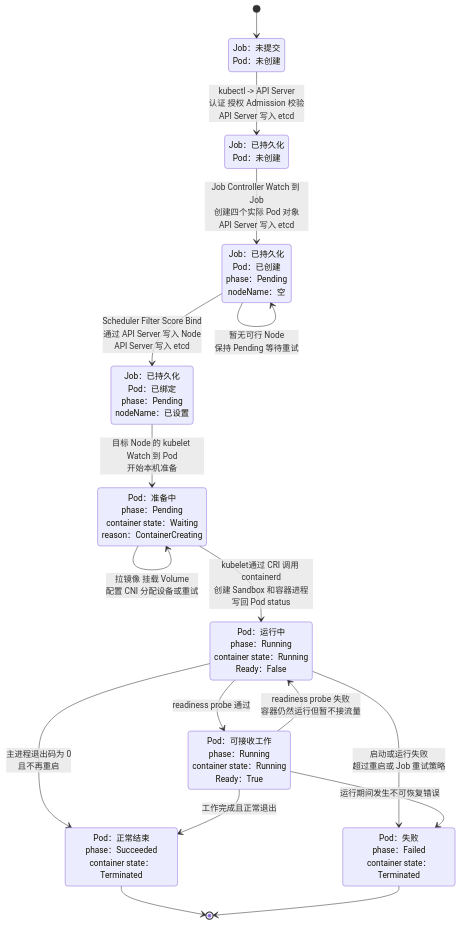
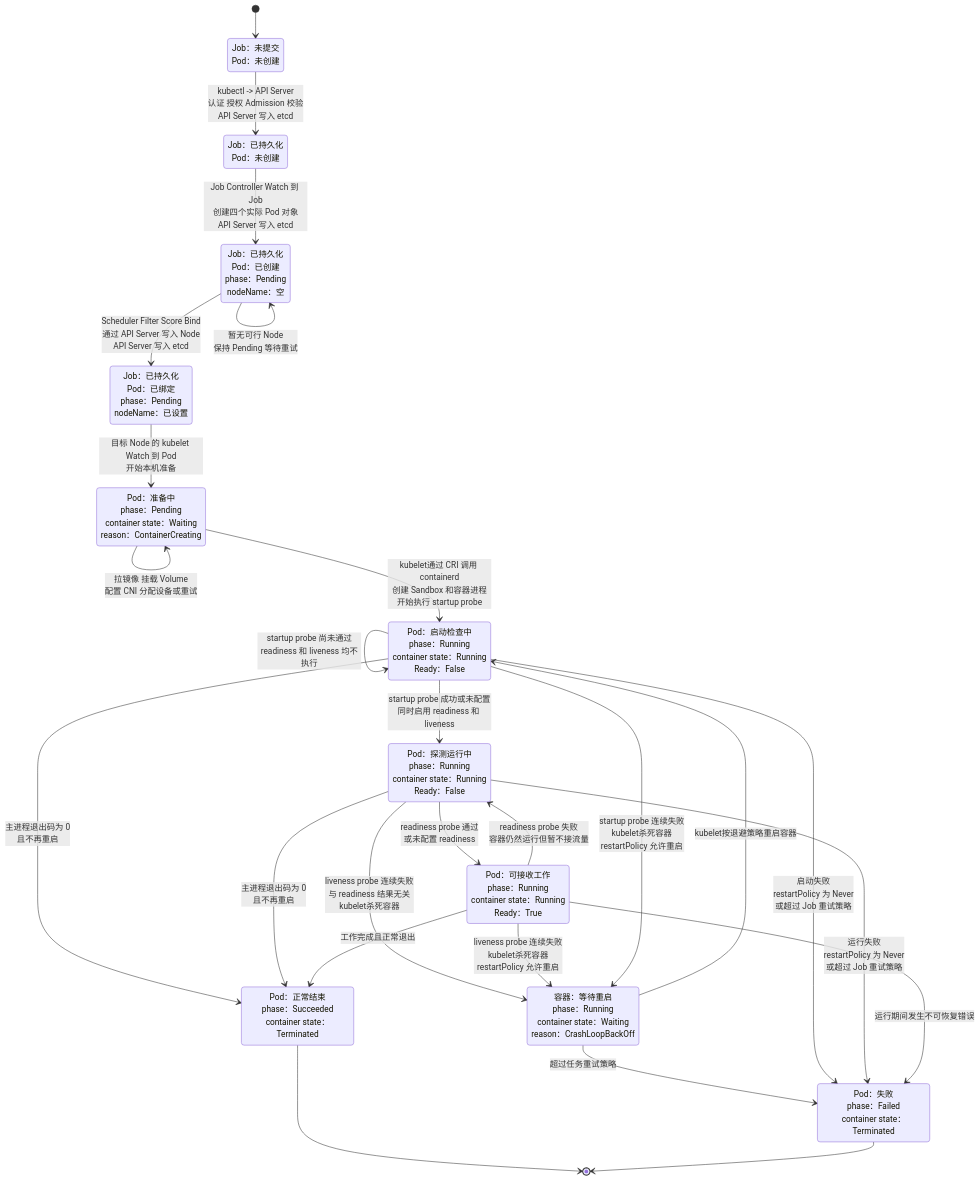
Before and after one commit to tihaya-anon/ai-infra: the third of 14 diagrams in docs/tutorial.md, drawn with Mermaid. The commit also changed other lines of this file, not shown here.

````diff
--- a/docs/tutorial.md
+++ b/docs/tutorial.md
@@ -192,52 +193,69 @@
 ```mermaid
 stateDiagram-v2
     direction TB
 
     [*] --> YAML
     state "Job：未提交
     Pod：未创建" as YAML
     state "Job：已持久化
     Pod：未创建" as JobStored
     state "Job：已持久化
     Pod：已创建
     phase：Pending
     nodeName：空" as PodUnbound
     state "Job：已持久化
     Pod：已绑定
     phase：Pending
     nodeName：已设置" as PodBound
     state "Pod：准备中
     phase：Pending
     container state：Waiting
     reason：ContainerCreating" as Preparing
-    state "Pod：运行中
+    state "Pod：启动检查中
     phase：Running
     container state：Running
-    Ready：False" as Running
+    Ready：False" as Starting
+    state "Pod：探测运行中
+    phase：Running
+    container state：Running
+    Ready：False" as Probing
     state "Pod：可接收工作
     phase：Running
     container state：Running
     Ready：True" as Ready
     state "Pod：正常结束
     phase：Succeeded
     container state：Terminated" as Succeeded
     state "Pod：失败
     phase：Failed
     container state：Terminated" as Failed
+    state "容器：等待重启
+    phase：Running
+    container state：Waiting
+    reason：CrashLoopBackOff" as Restarting
 
     YAML --> JobStored: kubectl -> API Server<br/>认证 授权 Admission 校验<br/>API Server 写入 etcd
     JobStored --> PodUnbound: Job Controller Watch 到 Job<br/>创建四个实际 Pod 对象<br/>API Server 写入 etcd
     PodUnbound --> PodBound: Scheduler Filter Score Bind<br/>通过 API Server 写入 Node<br/>API Server 写入 etcd
     PodUnbound --> PodUnbound: 暂无可行 Node<br/>保持 Pending 等待重试
     PodBound --> Preparing: 目标 Node 的 kubelet Watch 到 Pod<br/>开始本机准备
     Preparing --> Preparing: 拉镜像 挂载 Volume<br/>配置 CNI 分配设备或重试
-    Preparing --> Running: kubelet通过 CRI 调用 containerd<br/>创建 Sandbox 和容器进程<br/>写回 Pod status
-    Running --> Ready: readiness probe 通过
-    Ready --> Running: readiness probe 失败<br/>容器仍然运行但暂不接流量
-    Running --> Succeeded: 主进程退出码为 0<br/>且不再重启
+    Preparing --> Starting: kubelet通过 CRI 调用 containerd<br/>创建 Sandbox 和容器进程<br/>开始执行 startup probe
+    Starting --> Starting: startup probe 尚未通过<br/>readiness 和 liveness 均不执行
+    Starting --> Probing: startup probe 成功或未配置<br/>同时启用 readiness 和 liveness
+    Probing --> Ready: readiness probe 通过<br/>或未配置 readiness
+    Ready --> Probing: readiness probe 失败<br/>容器仍然运行但暂不接流量
+    Probing --> Restarting: liveness probe 连续失败<br/>与 readiness 结果无关<br/>kubelet杀死容器
+    Ready --> Restarting: liveness probe 连续失败<br/>kubelet杀死容器<br/>restartPolicy 允许重启
+    Starting --> Restarting: startup probe 连续失败<br/>kubelet杀死容器<br/>restartPolicy 允许重启
+    Restarting --> Starting: kubelet按退避策略重启容器
+    Restarting --> Failed: 超过任务重试策略
+    Starting --> Succeeded: 主进程退出码为 0<br/>且不再重启
+    Probing --> Succeeded: 主进程退出码为 0<br/>且不再重启
     Ready --> Succeeded: 工作完成且正常退出
-    Running --> Failed: 启动或运行失败<br/>超过重启或 Job 重试策略
+    Starting --> Failed: 启动失败<br/>restartPolicy 为 Never<br/>或超过 Job 重试策略
+    Probing --> Failed: 运行失败<br/>restartPolicy 为 Never<br/>或超过 Job 重试策略
     Ready --> Failed: 运行期间发生不可恢复错误
     Succeeded --> [*]
     Failed --> [*]
 ```
````
